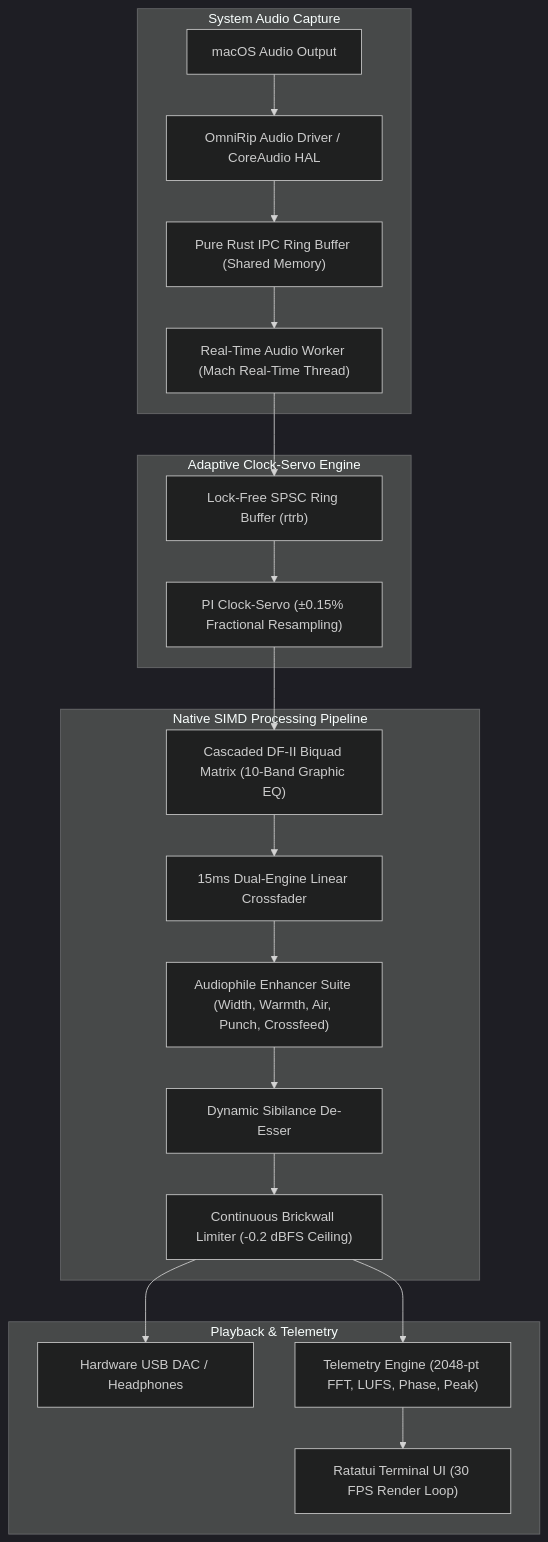
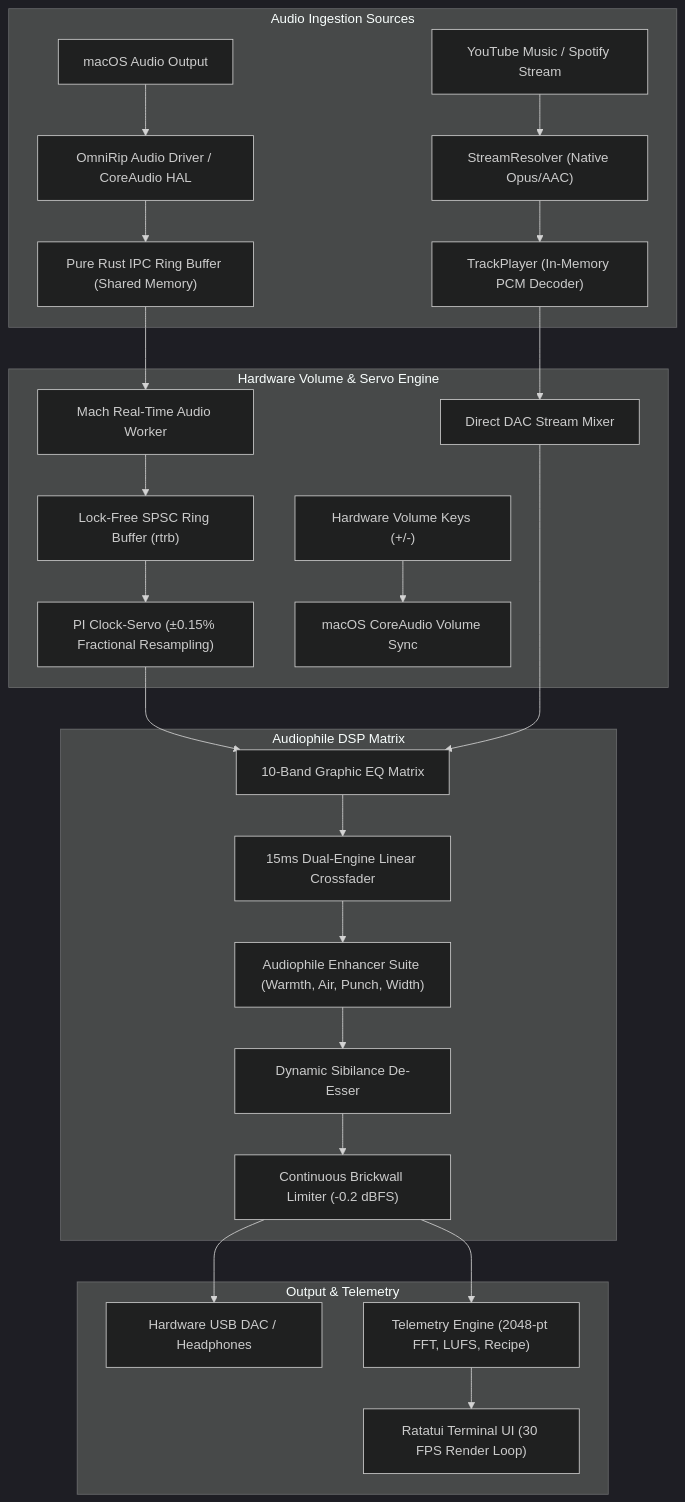
The diagram in README.md (abdullah-binmadhi/OmniRip), drawn with Mermaid (dark theme) before and after one commit. The commit also changed other lines of this file and 23 other files, not shown here.

First line of the commit message:
feat: universal streaming hub, hardware volume sync, and multi-song navigation

````diff
--- a/README.md
+++ b/README.md
@@ -81,27 +103,32 @@
 ```mermaid
 graph TD
-    subgraph CAP["System Audio Capture"]
-        SYS["macOS Audio Output"] --> DRV["OmniRip Audio Driver / CoreAudio HAL"]
+    subgraph INGEST["Audio Ingestion Sources"]
+        SYS_IN["macOS Audio Output"] --> DRV["OmniRip Audio Driver / CoreAudio HAL"]
         DRV --> IPC["Pure Rust IPC Ring Buffer (Shared Memory)"]
-        IPC --> RT_IN["Real-Time Audio Worker (Mach Real-Time Thread)"]
+        CLOUD["YouTube Music / Spotify Stream"] --> STREAM_RES["StreamResolver (Native Opus/AAC)"]
+        STREAM_RES --> MEM_PLAYER["TrackPlayer (In-Memory PCM Decoder)"]
     end
 
-    subgraph SERVO["Adaptive Clock-Servo Engine"]
+    subgraph SYNC["Hardware Volume & Servo Engine"]
+        IPC --> RT_IN["Mach Real-Time Audio Worker"]
         RT_IN --> RTRB["Lock-Free SPSC Ring Buffer (rtrb)"]
         RTRB --> PI["PI Clock-Servo (±0.15% Fractional Resampling)"]
+        MEM_PLAYER --> DAC_MIX["Direct DAC Stream Mixer"]
+        VOL_CTL["Hardware Volume Keys (+/-)"] --> OSASCRIPT["macOS CoreAudio Volume Sync"]
     end
 
-    subgraph DSP["Native SIMD Processing Pipeline"]
-        PI --> BIQUAD["Cascaded DF-II Biquad Matrix (10-Band Graphic EQ)"]
+    subgraph DSP["Audiophile DSP Matrix"]
+        PI --> BIQUAD["10-Band Graphic EQ Matrix"]
+        DAC_MIX --> BIQUAD
         BIQUAD --> CROSS["15ms Dual-Engine Linear Crossfader"]
-        CROSS --> ENH["Audiophile Enhancer Suite (Width, Warmth, Air, Punch, Crossfeed)"]
+        CROSS --> ENH["Audiophile Enhancer Suite (Warmth, Air, Punch, Width)"]
         ENH --> DEESS["Dynamic Sibilance De-Esser"]
-        DEESS --> LIM["Continuous Brickwall Limiter (-0.2 dBFS Ceiling)"]
+        DEESS --> LIM["Continuous Brickwall Limiter (-0.2 dBFS)"]
     end
 
-    subgraph OUT["Playback & Telemetry"]
+    subgraph OUT["Output & Telemetry"]
         LIM --> DAC_OUT["Hardware USB DAC / Headphones"]
-        LIM --> TELEM["Telemetry Engine (2048-pt FFT, LUFS, Phase, Peak)"]
+        LIM --> TELEM["Telemetry Engine (2048-pt FFT, LUFS, Recipe)"]
         TELEM --> TUI["Ratatui Terminal UI (30 FPS Render Loop)"]
     end
 ```
````
